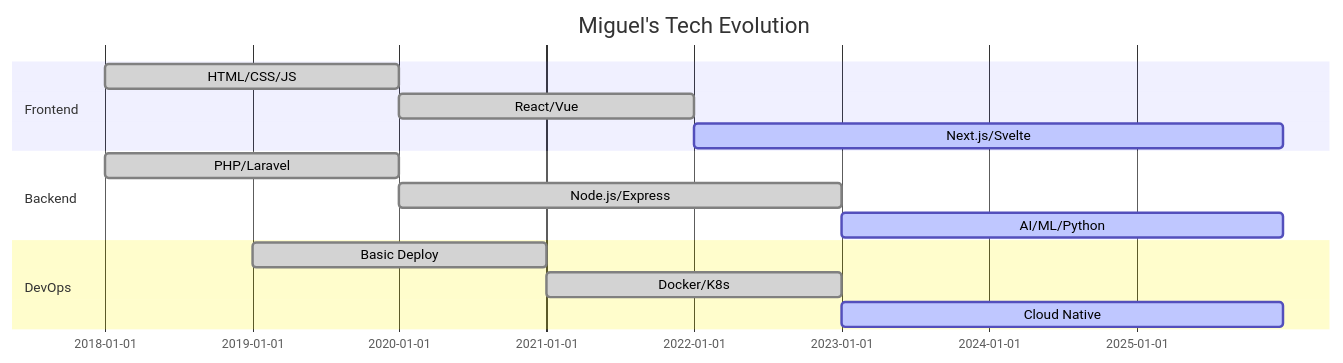
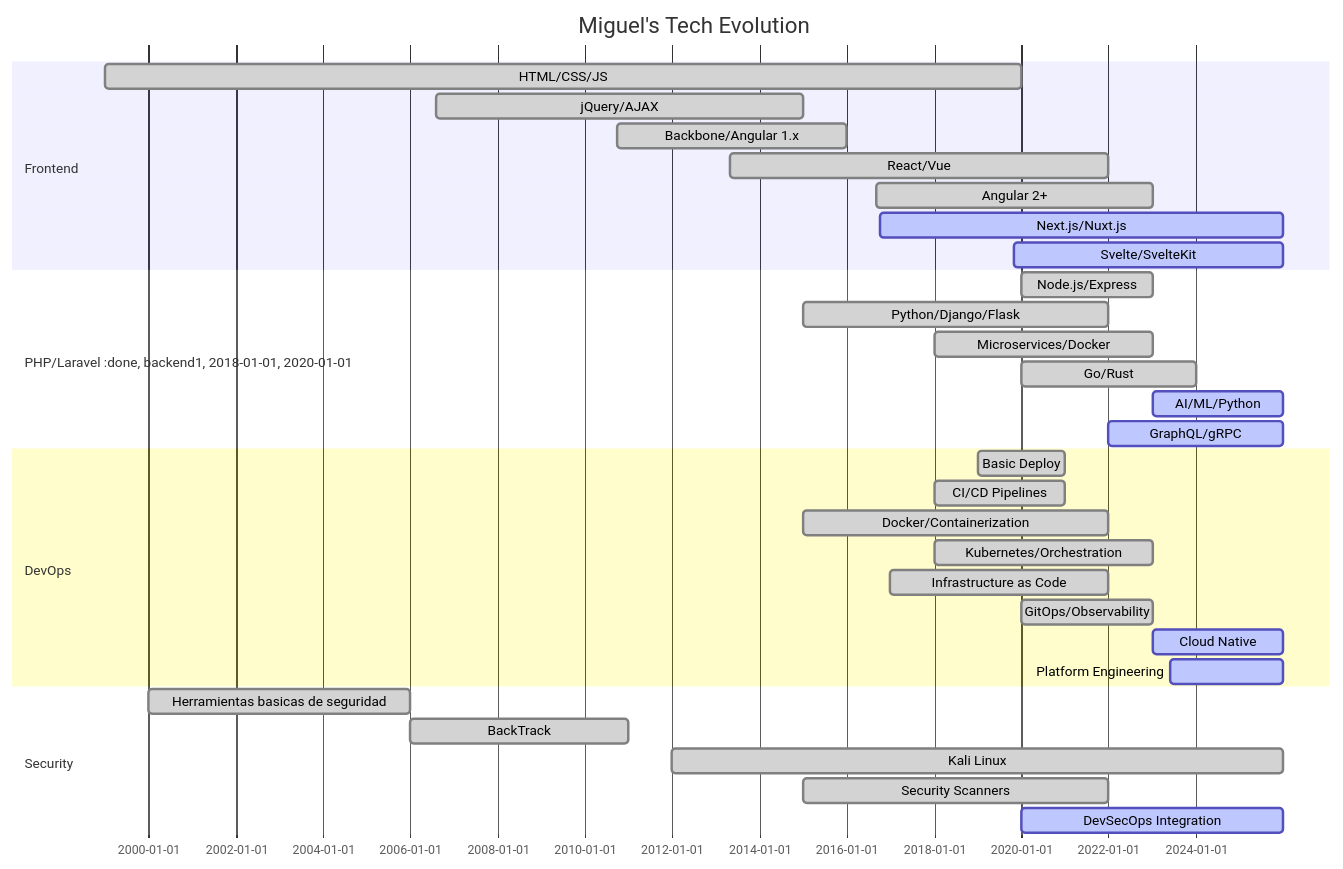
The diagram in README.md (hackhit/hackhit), drawn with Mermaid before and after one commit. The commit also changed other lines of this file, not shown here.

````diff
--- a/README.md
+++ b/README.md
@@ -289,19 +293,41 @@
 ```mermaid
 gantt
     title Miguel's Tech Evolution
     dateFormat  YYYY-MM-DD
     section Frontend
-    HTML/CSS/JS    :done, frontend1, 2018-01-01, 2020-01-01
-    React/Vue      :done, frontend2, 2020-01-01, 2022-01-01
-    Next.js/Svelte :active, frontend3, 2022-01-01, 2025-12-31
+    HTML/CSS/JS           :done, frontend1, 1999-01-01, 2020-01-01
+    jQuery/AJAX           :done, frontend2, 2006-08-01, 2015-01-01
+    Backbone/Angular 1.x  :done, frontend3, 2010-10-01, 2016-01-01
+    React/Vue             :done, frontend4, 2013-05-01, 2022-01-01
+    Angular 2+            :done, frontend5, 2016-09-01, 2023-01-01
+    Next.js/Nuxt.js       :active, frontend6, 2016-10-01, 2025-12-31
+    Svelte/SvelteKit      :active, frontend7, 2019-11-01, 2025-12-31
     
-    section Backend
-    PHP/Laravel    :done, backend1, 2018-01-01, 2020-01-01
-    Node.js/Express:done, backend2, 2020-01-01, 2023-01-01
-    AI/ML/Python   :active, backend3, 2023-01-01, 2025-12-31
+    section PHP/Laravel           :done, backend1, 2018-01-01, 2020-01-01
+    Node.js/Express       :done, backend2, 2020-01-01, 2023-01-01
+    Python/Django/Flask   :done, backend3, 2015-01-01, 2022-01-01
+    Microservices/Docker  :done, backend4, 2018-01-01, 2023-01-01
+    Go/Rust               :done, backend5, 2020-01-01, 2024-01-01
+    AI/ML/Python          :active, backend6, 2023-01-01, 2025-12-31
+    GraphQL/gRPC          :active, backend7, 2022-01-01, 2025-12-31
     
     section DevOps
-    Basic Deploy   :done, devops1, 2019-01-01, 2021-01-01
-    Docker/K8s     :done, devops2, 2021-01-01, 2023-01-01
-    Cloud Native   :active, devops3, 2023-01-01, 2025-12-31
+    Basic Deploy          :done, devops1, 2019-01-01, 2021-01-01
+    CI/CD Pipelines       :done, devops2, 2018-01-01, 2021-01-01
+    Docker/Containerization:done, devops3, 2015-01-01, 2022-01-01
+    Kubernetes/Orchestration:done, devops4, 2018-01-01, 2023-01-01
+    Infrastructure as Code:done, devops5, 2017-01-01, 2022-01-01
+    GitOps/Observability  :done, devops6, 2020-01-01, 2023-01-01
+    Cloud Native          :active, devops7, 2023-01-01, 2025-12-31
+    Platform Engineering  :active, devops8, 2023-06-01, 2025-12-31
+
+    section Security
+    Herramientas basicas de seguridad  :done, sec1, 2000-01-01, 2006-01-01
+    BackTrack             :done, sec2, 2006-01-01, 2011-01-01
+    Kali Linux            :done, sec3, 2012-01-01, 2025-12-31
+    Security Scanners     :done, sec4, 2015-01-01, 2022-01-01
+    DevSecOps Integration :active, sec5, 2020-01-01, 2025-12-31
+
+
+
 ```
````
